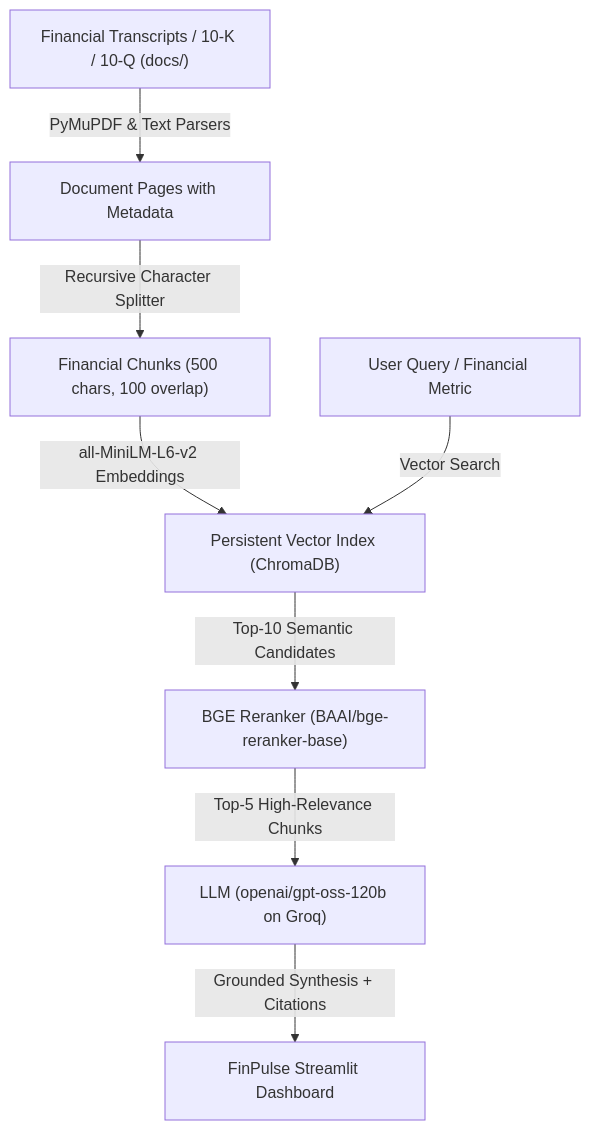
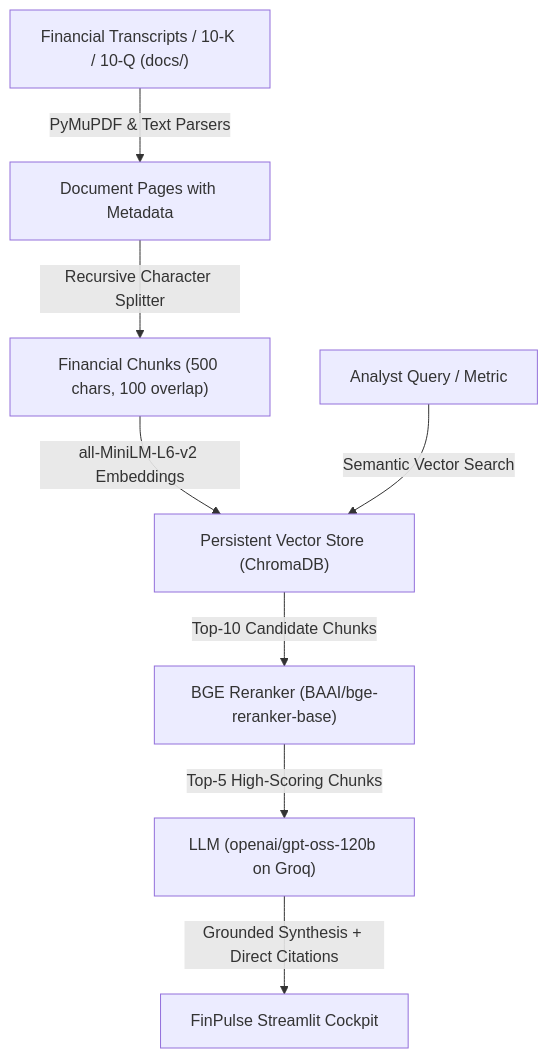
The diagram in README.md (AdityaJare/FinPulse), drawn with Mermaid before and after one commit. The commit also changed other lines of this file and 1 other file, not shown here.

````diff
--- a/README.md
+++ b/README.md
@@ -89,11 +38,11 @@
 ```mermaid
 graph TD
     A["Financial Transcripts / 10-K / 10-Q (docs/)"] -->|PyMuPDF & Text Parsers| B["Document Pages with Metadata"]
     B -->|Recursive Character Splitter| C["Financial Chunks (500 chars, 100 overlap)"]
-    C -->|all-MiniLM-L6-v2 Embeddings| D["Persistent Vector Index (ChromaDB)"]
+    C -->|all-MiniLM-L6-v2 Embeddings| D["Persistent Vector Store (ChromaDB)"]
     
-    Q["User Query / Financial Metric"] -->|Vector Search| D
-    D -->|Top-10 Semantic Candidates| R["BGE Reranker (BAAI/bge-reranker-base)"]
-    R -->|Top-5 High-Relevance Chunks| LLM["LLM (openai/gpt-oss-120b on Groq)"]
-    LLM -->|Grounded Synthesis + Citations| UI["FinPulse Streamlit Dashboard"]
+    Q["Analyst Query / Metric"] -->|Semantic Vector Search| D
+    D -->|Top-10 Candidate Chunks| R["BGE Reranker (BAAI/bge-reranker-base)"]
+    R -->|Top-5 High-Scoring Chunks| LLM["LLM (openai/gpt-oss-120b on Groq)"]
+    LLM -->|Grounded Synthesis + Direct Citations| UI["FinPulse Streamlit Cockpit"]
 ```
````
